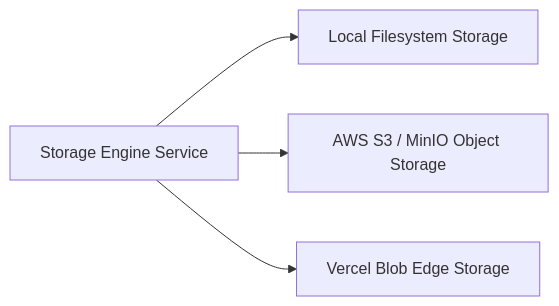
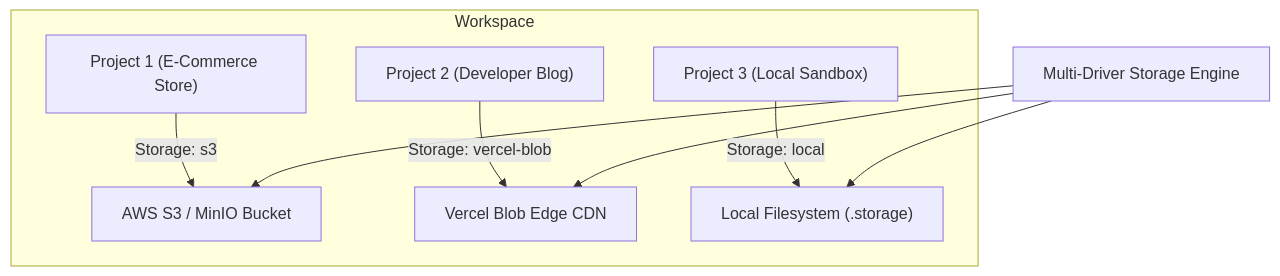
The diagram in docs/features/MULTI_DRIVER_STORAGE_ENGINE.md (Kritam123/NirmaanifyAI), drawn with Mermaid before and after one commit. The commit also changed other lines of this file and 31 other files, not shown here.

First line of the commit message:
feat(storage): implement project-specific dynamic storage architecture

````diff
--- a/docs/features/MULTI_DRIVER_STORAGE_ENGINE.md
+++ b/docs/features/MULTI_DRIVER_STORAGE_ENGINE.md
@@ -10,6 +10,11 @@
 ```mermaid
-graph LR
-    Engine[Storage Engine Service] --> Local[Local Filesystem Storage]
-    Engine --> S3[AWS S3 / MinIO Object Storage]
-    Engine --> Blob[Vercel Blob Edge Storage]
+graph TD
+    subgraph Workspace
+        P1["Project 1 (E-Commerce Store)"] -->|"Storage: s3"| S3["AWS S3 / MinIO Bucket"]
+        P2["Project 2 (Developer Blog)"] -->|"Storage: vercel-blob"| Blob["Vercel Blob Edge CDN"]
+        P3["Project 3 (Local Sandbox)"] -->|"Storage: local"| Local["Local Filesystem (.storage)"]
+    end
+    Engine["Multi-Driver Storage Engine"] --> S3
+    Engine --> Blob
+    Engine --> Local
 ```
````
